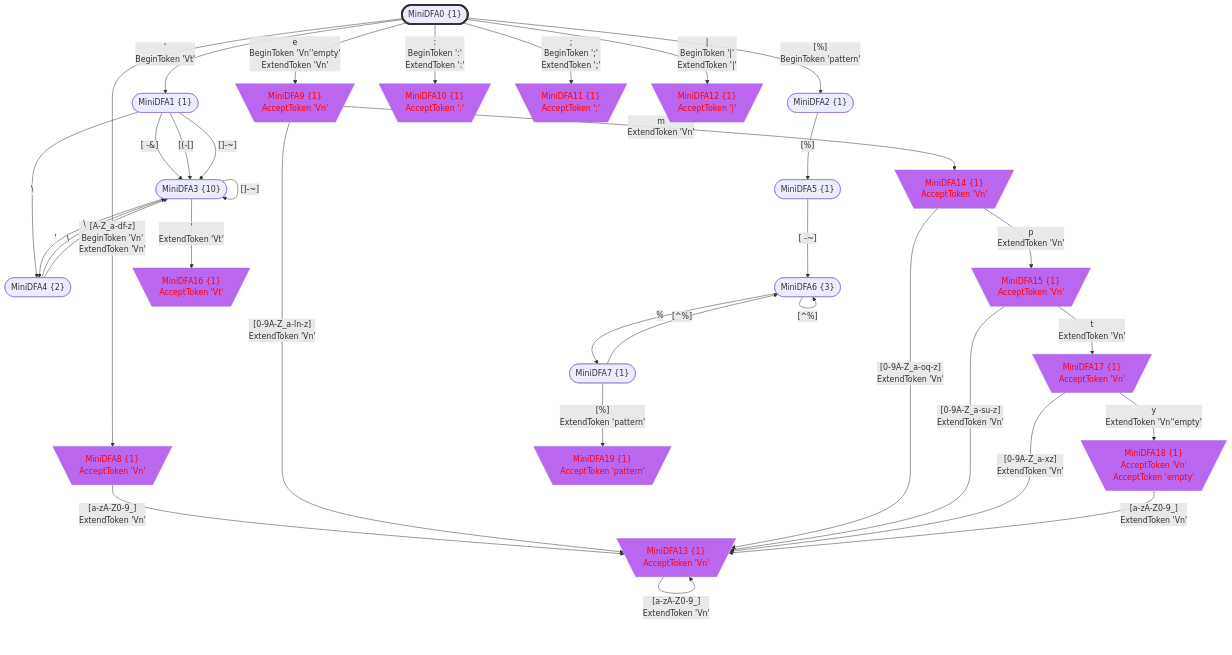
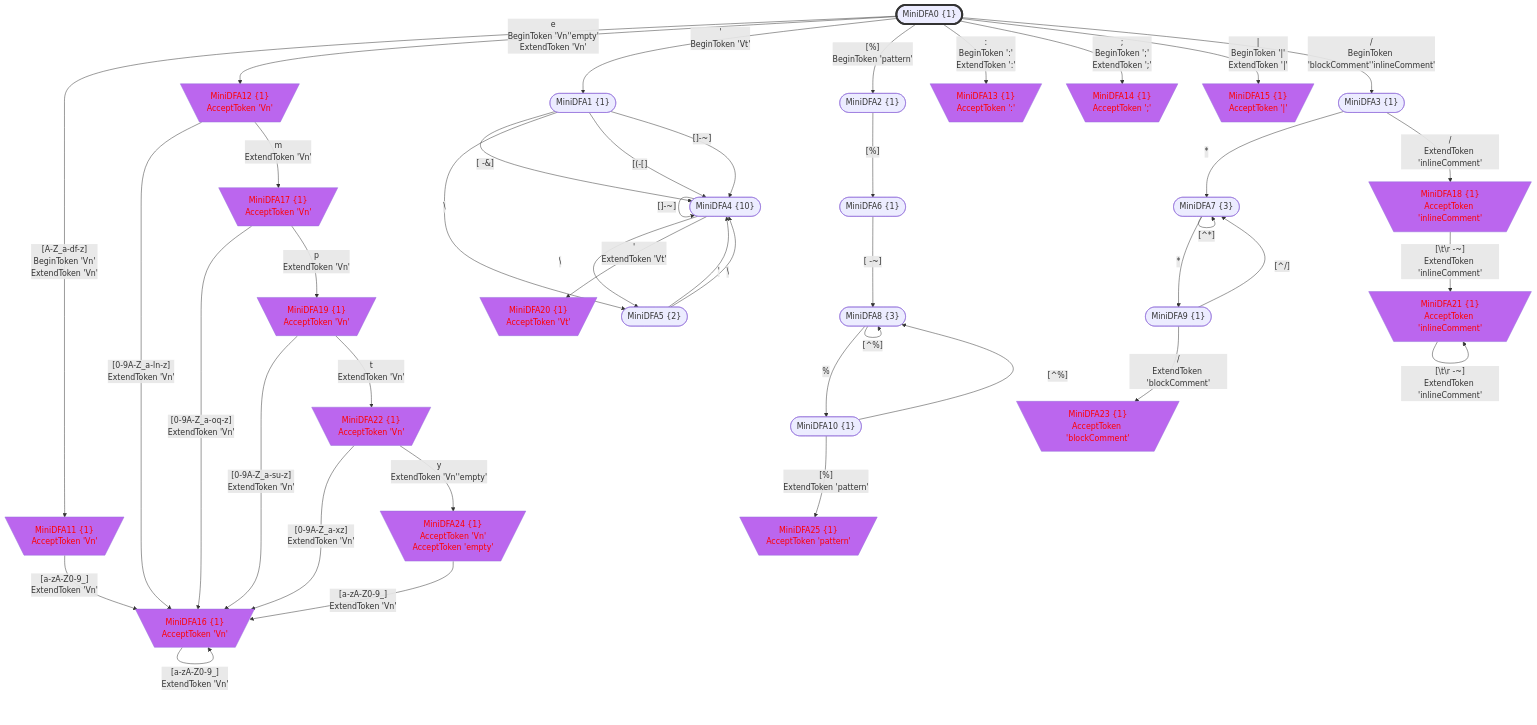
One commit to bitzhuwei/GrammarMentor changed the seventh of 7 diagrams in Practices/Practice.GeneratedXxxFormat.Test/GeneratedGrammar/doc/LexicalStates.gen.md. Above: the diagram before and after it, drawn with Mermaid. The commit also changed other lines of this file and 3868 other files, not shown here.

````diff
--- a/Practices/Practice.GeneratedXxxFormat.Test/GeneratedGrammar/doc/LexicalStates.gen.md
+++ b/Practices/Practice.GeneratedXxxFormat.Test/GeneratedGrammar/doc/LexicalStates.gen.md
@@ -1927,110 +2360,136 @@
 classDef c1101 stroke:#333,stroke-width:4px,fill:#BB66EE,color:#FF0000;
 classDef c1110 stroke:#333,stroke-width:4px,fill:#BB66EE,stroke-dasharray: 10 10;
 classDef c1111 stroke:#333,stroke-width:4px,fill:#BB66EE,stroke-dasharray: 10 10,color:#FF0000;
-MiniDFA0_-339152269(["MiniDFA0 {1}"])
-class MiniDFA0_-339152269 c1000;
-MiniDFA8_1794100827[\"MiniDFA8 {1}
+MiniDFA0_1037338087(["MiniDFA0 {1}"])
+class MiniDFA0_1037338087 c1000;
+MiniDFA11_2085594982[\"MiniDFA11 {1}
 AcceptToken 'Vn'"/]
-class MiniDFA8_1794100827 c0101;
-MiniDFA9_553554605[\"MiniDFA9 {1}
+class MiniDFA11_2085594982 c0101;
+MiniDFA12_-1437102525[\"MiniDFA12 {1}
 AcceptToken 'Vn'"/]
-class MiniDFA9_553554605 c0101;
-MiniDFA1_-1189134655(["MiniDFA1 {1}"])
-MiniDFA2_215997034(["MiniDFA2 {1}"])
-MiniDFA10_-925134283[\"MiniDFA10 {1}
+class MiniDFA12_-1437102525 c0101;
+MiniDFA1_-199998307(["MiniDFA1 {1}"])
+MiniDFA2_-579840265(["MiniDFA2 {1}"])
+MiniDFA13_-1036544815[\"MiniDFA13 {1}
 AcceptToken ':'"/]
-class MiniDFA10_-925134283 c0101;
-MiniDFA11_1289570263[\"MiniDFA11 {1}
+class MiniDFA13_-1036544815 c0101;
+MiniDFA14_-1665322626[\"MiniDFA14 {1}
 AcceptToken ';'"/]
-class MiniDFA11_1289570263 c0101;
-MiniDFA12_-1201688988[\"MiniDFA12 {1}
+class MiniDFA14_-1665322626 c0101;
+MiniDFA15_-1219497574[\"MiniDFA15 {1}
 AcceptToken '|'"/]
-class MiniDFA12_-1201688988 c0101;
-MiniDFA13_-1062044516[\"MiniDFA13 {1}
+class MiniDFA15_-1219497574 c0101;
+MiniDFA3_-1938923183(["MiniDFA3 {1}"])
+MiniDFA16_-889935879[\"MiniDFA16 {1}
 AcceptToken 'Vn'"/]
-class MiniDFA13_-1062044516 c0101;
-MiniDFA14_-772034862[\"MiniDFA14 {1}
+class MiniDFA16_-889935879 c0101;
+MiniDFA17_1329400212[\"MiniDFA17 {1}
 AcceptToken 'Vn'"/]
-class MiniDFA14_-772034862 c0101;
-MiniDFA3_742957008(["MiniDFA3 {10}"])
-MiniDFA4_2001254085(["MiniDFA4 {2}"])
-MiniDFA5_7543543(["MiniDFA5 {1}"])
-MiniDFA15_1367419142[\"MiniDFA15 {1}
+class MiniDFA17_1329400212 c0101;
+MiniDFA4_-1603516666(["MiniDFA4 {10}"])
+MiniDFA5_1689681593(["MiniDFA5 {2}"])
+MiniDFA6_-838269423(["MiniDFA6 {1}"])
+MiniDFA7_1799158021(["MiniDFA7 {3}"])
+MiniDFA18_394836827[\"MiniDFA18 {1}
+AcceptToken 'inlineComment'"/]
+class MiniDFA18_394836827 c0101;
+MiniDFA19_918754685[\"MiniDFA19 {1}
 AcceptToken 'Vn'"/]
-class MiniDFA15_1367419142 c0101;
-MiniDFA16_667520748[\"MiniDFA16 {1}
+class MiniDFA19_918754685 c0101;
+MiniDFA20_1755271168[\"MiniDFA20 {1}
 AcceptToken 'Vt'"/]
-class MiniDFA16_667520748 c0101;
-MiniDFA6_-1460448968(["MiniDFA6 {3}"])
-MiniDFA17_-1358450166[\"MiniDFA17 {1}
+class MiniDFA20_1755271168 c0101;
+MiniDFA8_-524449958(["MiniDFA8 {3}"])
+MiniDFA9_1680072906(["MiniDFA9 {1}"])
+MiniDFA21_444061501[\"MiniDFA21 {1}
+AcceptToken 'inlineComment'"/]
+class MiniDFA21_444061501 c0101;
+MiniDFA22_1445426501[\"MiniDFA22 {1}
 AcceptToken 'Vn'"/]
-class MiniDFA17_-1358450166 c0101;
-MiniDFA7_1744683586(["MiniDFA7 {1}"])
-MiniDFA18_-1113869385[\"MiniDFA18 {1}
+class MiniDFA22_1445426501 c0101;
+MiniDFA10_563574122(["MiniDFA10 {1}"])
+MiniDFA23_539650922[\"MiniDFA23 {1}
+AcceptToken 'blockComment'"/]
+class MiniDFA23_539650922 c0101;
+MiniDFA24_1644429171[\"MiniDFA24 {1}
 AcceptToken 'Vn'
 AcceptToken 'empty'"/]
-class MiniDFA18_-1113869385 c0101;
-MiniDFA19_-541931836[\"MiniDFA19 {1}
+class MiniDFA24_1644429171 c0101;
+MiniDFA25_-447618411[\"MiniDFA25 {1}
 AcceptToken 'pattern'"/]
-class MiniDFA19_-541931836 c0101;
-MiniDFA0_-339152269 -->|"[A-Z_a-df-z]
+class MiniDFA25_-447618411 c0101;
+MiniDFA0_1037338087 -->|"[A-Z_a-df-z]
 BeginToken 'Vn'
-ExtendToken 'Vn'"|MiniDFA8_1794100827
-MiniDFA0_-339152269 -->|"e
+ExtendToken 'Vn'"|MiniDFA11_2085594982
+MiniDFA0_1037338087 -->|"e
 BeginToken 'Vn''empty'
-ExtendToken 'Vn'"|MiniDFA9_553554605
-MiniDFA0_-339152269 -->|"'
-BeginToken 'Vt'"|MiniDFA1_-1189134655
-MiniDFA0_-339152269 -->|"[%]
-BeginToken 'pattern'"|MiniDFA2_215997034
-MiniDFA0_-339152269 -->|":
+ExtendToken 'Vn'"|MiniDFA12_-1437102525
+MiniDFA0_1037338087 -->|"'
+BeginToken 'Vt'"|MiniDFA1_-199998307
+MiniDFA0_1037338087 -->|"[%]
+BeginToken 'pattern'"|MiniDFA2_-579840265
+MiniDFA0_1037338087 -->|":
 BeginToken ':'
-ExtendToken ':'"|MiniDFA10_-925134283
-MiniDFA0_-339152269 -->|";
+ExtendToken ':'"|MiniDFA13_-1036544815
+MiniDFA0_1037338087 -->|";
 BeginToken ';'
-ExtendToken ';'"|MiniDFA11_1289570263
-MiniDFA0_-339152269 -->|"|
+ExtendToken ';'"|MiniDFA14_-1665322626
+MiniDFA0_1037338087 -->|"|
 BeginToken '|'
-ExtendToken '|'"|MiniDFA12_-1201688988
-MiniDFA8_1794100827 -->|"[a-zA-Z0-9_]
-ExtendToken 'Vn'"|MiniDFA13_-1062044516
-MiniDFA9_553554605 -->|"[0-9A-Z_a-ln-z]
-ExtendToken 'Vn'"|MiniDFA13_-1062044516
-MiniDFA9_553554605 -->|"m
-ExtendToken 'Vn'"|MiniDFA14_-772034862
-MiniDFA1_-1189134655 -->|"[#32;-&]"|MiniDFA3_742957008
-MiniDFA1_-1189134655 -->|"#92;"|MiniDFA4_2001254085
-MiniDFA1_-1189134655 -->|"[(-[]"|MiniDFA3_742957008
-MiniDFA1_-1189134655 -->|"[]-~]"|MiniDFA3_742957008
-MiniDFA2_215997034 -->|"[%]"|MiniDFA5_7543543
-MiniDFA13_-1062044516 -->|"[a-zA-Z0-9_]
-ExtendToken 'Vn'"|MiniDFA13_-1062044516
-MiniDFA14_-772034862 -->|"[0-9A-Z_a-oq-z]
-ExtendToken 'Vn'"|MiniDFA13_-1062044516
-MiniDFA14_-772034862 -->|"p
-ExtendToken 'Vn'"|MiniDFA15_1367419142
-MiniDFA3_742957008 -->|"[#32;-&]"|MiniDFA3_742957008
-MiniDFA3_742957008 -->|"#92;"|MiniDFA4_2001254085
-MiniDFA3_742957008 -->|"[(-[]"|MiniDFA3_742957008
-MiniDFA3_742957008 -->|"[]-~]"|MiniDFA3_742957008
-MiniDFA3_742957008 -->|"'
-ExtendToken 'Vt'"|MiniDFA16_667520748
-MiniDFA4_2001254085 -->|"'"|MiniDFA3_742957008
-MiniDFA4_2001254085 -->|"#92;"|MiniDFA3_742957008
-MiniDFA5_7543543 -->|"[#32;-~]"|MiniDFA6_-1460448968
-MiniDFA15_1367419142 -->|"[0-9A-Z_a-su-z]
-ExtendToken 'Vn'"|MiniDFA13_-1062044516
-MiniDFA15_1367419142 -->|"t
-ExtendToken 'Vn'"|MiniDFA17_-1358450166
-MiniDFA6_-1460448968 -->|"[^%]"|MiniDFA6_-1460448968
-MiniDFA6_-1460448968 -->|"%"|MiniDFA7_1744683586
-MiniDFA17_-1358450166 -->|"[0-9A-Z_a-xz]
-ExtendToken 'Vn'"|MiniDFA13_-1062044516
-MiniDFA17_-1358450166 -->|"y
-ExtendToken 'Vn''empty'"|MiniDFA18_-1113869385
-MiniDFA7_1744683586 -->|"[^%]"|MiniDFA6_-1460448968
-MiniDFA7_1744683586 -->|"[%]
-ExtendToken 'pattern'"|MiniDFA19_-541931836
-MiniDFA18_-1113869385 -->|"[a-zA-Z0-9_]
-ExtendToken 'Vn'"|MiniDFA13_-1062044516
+ExtendToken '|'"|MiniDFA15_-1219497574
+MiniDFA0_1037338087 -->|"/
+BeginToken 'blockComment''inlineComment'"|MiniDFA3_-1938923183
+MiniDFA11_2085594982 -->|"[a-zA-Z0-9_]
+ExtendToken 'Vn'"|MiniDFA16_-889935879
+MiniDFA12_-1437102525 -->|"[0-9A-Z_a-ln-z]
+ExtendToken 'Vn'"|MiniDFA16_-889935879
+MiniDFA12_-1437102525 -->|"m
+ExtendToken 'Vn'"|MiniDFA17_1329400212
+MiniDFA1_-199998307 -->|"[#32;-&]"|MiniDFA4_-1603516666
+MiniDFA1_-199998307 -->|"#92;"|MiniDFA5_1689681593
+MiniDFA1_-199998307 -->|"[(-[]"|MiniDFA4_-1603516666
+MiniDFA1_-199998307 -->|"[]-~]"|MiniDFA4_-1603516666
+MiniDFA2_-579840265 -->|"[%]"|MiniDFA6_-838269423
+MiniDFA3_-1938923183 -->|"*"|MiniDFA7_1799158021
+MiniDFA3_-1938923183 -->|"/
+ExtendToken 'inlineComment'"|MiniDFA18_394836827
+MiniDFA16_-889935879 -->|"[a-zA-Z0-9_]
+ExtendToken 'Vn'"|MiniDFA16_-889935879
+MiniDFA17_1329400212 -->|"[0-9A-Z_a-oq-z]
+ExtendToken 'Vn'"|MiniDFA16_-889935879
+MiniDFA17_1329400212 -->|"p
+ExtendToken 'Vn'"|MiniDFA19_918754685
+MiniDFA4_-1603516666 -->|"[#32;-&]"|MiniDFA4_-1603516666
+MiniDFA4_-1603516666 -->|"#92;"|MiniDFA5_1689681593
+MiniDFA4_-1603516666 -->|"[(-[]"|MiniDFA4_-1603516666
+MiniDFA4_-1603516666 -->|"[]-~]"|MiniDFA4_-1603516666
+MiniDFA4_-1603516666 -->|"'
+ExtendToken 'Vt'"|MiniDFA20_1755271168
+MiniDFA5_1689681593 -->|"'"|MiniDFA4_-1603516666
+MiniDFA5_1689681593 -->|"#92;"|MiniDFA4_-1603516666
+MiniDFA6_-838269423 -->|"[#32;-~]"|MiniDFA8_-524449958
+MiniDFA7_1799158021 -->|"[^*]"|MiniDFA7_1799158021
+MiniDFA7_1799158021 -->|"*"|MiniDFA9_1680072906
+MiniDFA18_394836827 -->|"[#92;t#92;r#32;-~]
+ExtendToken 'inlineComment'"|MiniDFA21_444061501
+MiniDFA19_918754685 -->|"[0-9A-Z_a-su-z]
+ExtendToken 'Vn'"|MiniDFA16_-889935879
+MiniDFA19_918754685 -->|"t
+ExtendToken 'Vn'"|MiniDFA22_1445426501
+MiniDFA8_-524449958 -->|"[^%]"|MiniDFA8_-524449958
+MiniDFA8_-524449958 -->|"%"|MiniDFA10_563574122
+MiniDFA9_1680072906 -->|"[^/]"|MiniDFA7_1799158021
+MiniDFA9_1680072906 -->|"/
+ExtendToken 'blockComment'"|MiniDFA23_539650922
+MiniDFA21_444061501 -->|"[#92;t#92;r#32;-~]
+ExtendToken 'inlineComment'"|MiniDFA21_444061501
+MiniDFA22_1445426501 -->|"[0-9A-Z_a-xz]
+ExtendToken 'Vn'"|MiniDFA16_-889935879
+MiniDFA22_1445426501 -->|"y
+ExtendToken 'Vn''empty'"|MiniDFA24_1644429171
+MiniDFA10_563574122 -->|"[^%]"|MiniDFA8_-524449958
+MiniDFA10_563574122 -->|"[%]
+ExtendToken 'pattern'"|MiniDFA25_-447618411
+MiniDFA24_1644429171 -->|"[a-zA-Z0-9_]
+ExtendToken 'Vn'"|MiniDFA16_-889935879
 ```
````
